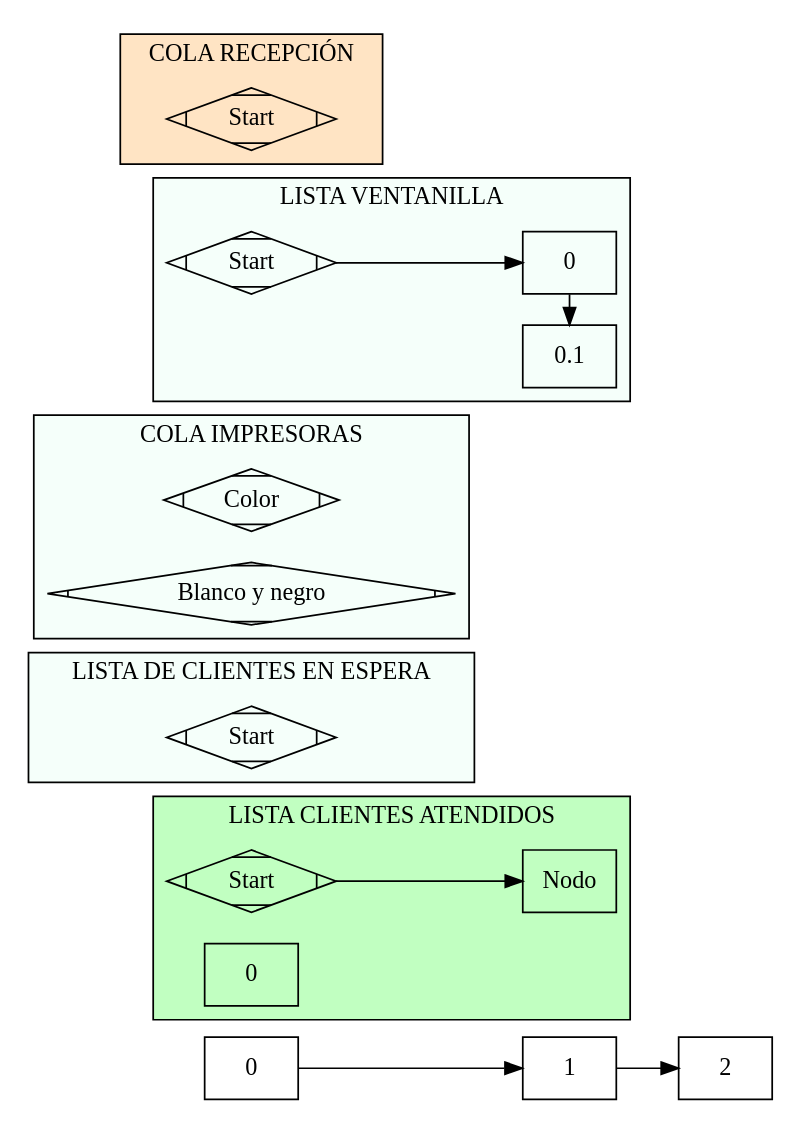
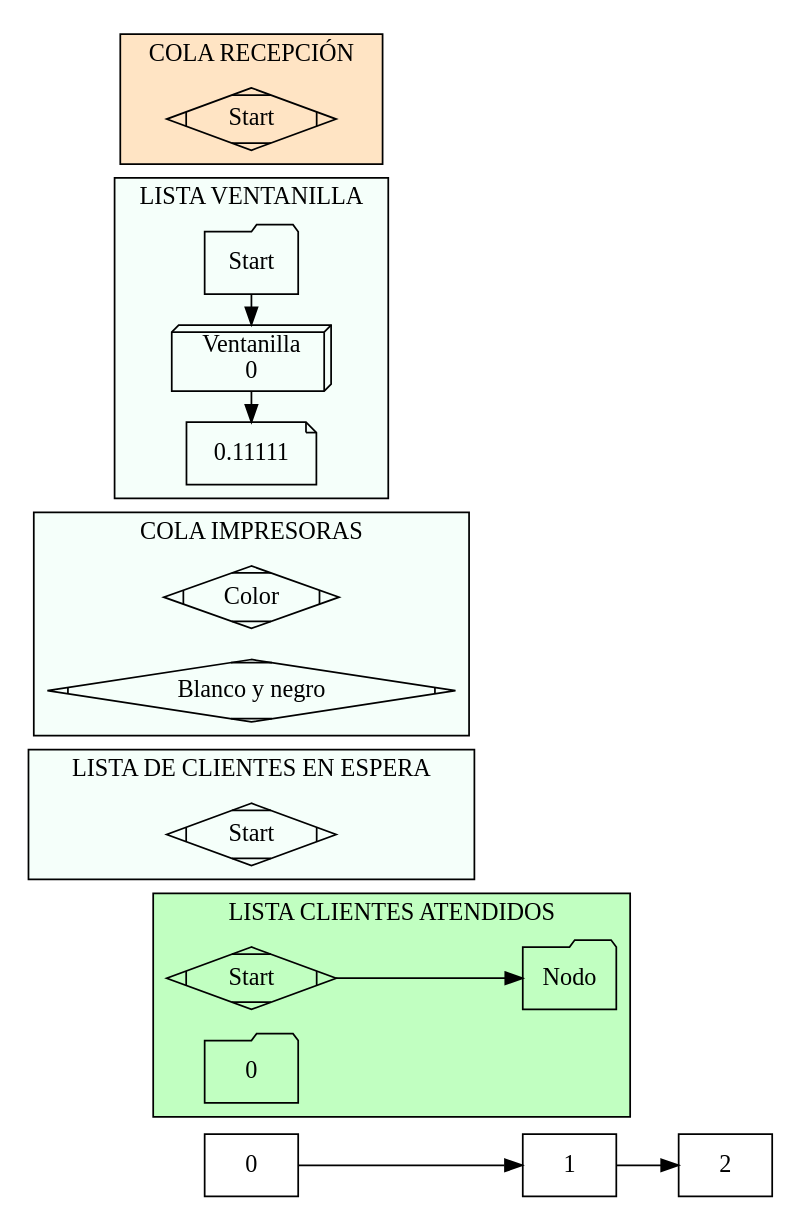
The diagram in EDD_UDRAWING_FASE_202003975/pruebassss.dot (diegomazariegos2002/EDD_UDRAWING_FASE_202003975), drawn with Graphviz before and after one commit. The commit also changed 14 other files, not shown here.

```diff
--- a/EDD_UDRAWING_FASE_202003975/pruebassss.dot
+++ b/EDD_UDRAWING_FASE_202003975/pruebassss.dot
@@ -1,59 +1,59 @@
 digraph G { 
 node[shape = box];
 Nodo1782148126[label=0];
 Nodo477289012[label=1];
 Nodo1027591600[label=2];
 Nodo1782148126 -> Nodo477289012 
 Nodo477289012 -> Nodo1027591600 
 
 subgraph cluster_Clientes_Atendidos{
         label="LISTA CLIENTES ATENDIDOS";
         bgcolor="darkseagreen1";
         Start5 [shape="Mdiamond" label="Start"];
-        node[shape = box];
+        node[shape = folder];
         Nodo1[label = 0];
         Start5 -> Nodo;
         }
 
 
 subgraph cluster_clientes_espera{
         label="LISTA DE CLIENTES EN ESPERA";
         bgcolor="mintcream";
         Start4 [shape="Mdiamond" label="Start"];
-        node[shape = box];
+        node[shape = folder];
         
         }
 
 
 subgraph cluster_impresoras{
         label="COLA IMPRESORAS";
         bgcolor="mintcream";
         Start31 [shape="Mdiamond" label="Color"];
         node[shape = box];
         Start32 [shape="Mdiamond" label="Blanco y negro "];
         node[shape = box];
         
         }
 
 subgraph cluster_ventanillas{
         label="LISTA VENTANILLA";
         bgcolor="mintcream";
-        Start2 [shape="Mdiamond" label="Start"];
+        Start2 [shape=folder label="Start"];
         node[shape = box];
-        Nodo11[label = 0];
-        NodoPila[label = 0.1];
-        Start2 -> Nodo11;
+        Nodo11[shape = box3d label = "Ventanilla \n 0"];
+        NodoPila[shape = note label = 0.11111];
+        Start2 -> Nodo11 [constraint = false];
         Nodo11 -> NodoPila [constraint = false];
 
         {rank = same; Nodo11; NodoPila};
         }
 
 subgraph cluster_recepcion{
         label="COLA RECEPCIÓN";
         bgcolor="bisque";
         Start1 [shape="Mdiamond" label="Start"];
         node[shape = box];
 }
 
 rankdir = LR;
 }
```
